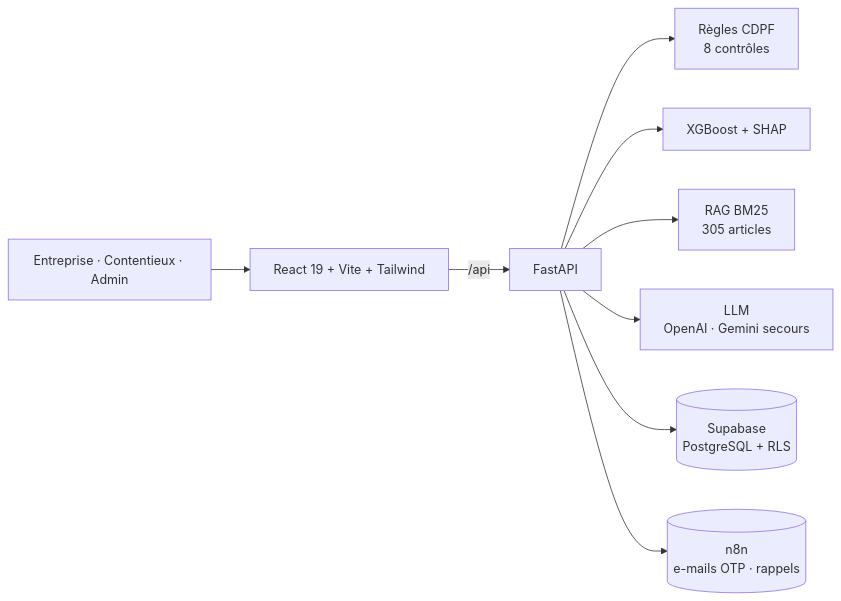
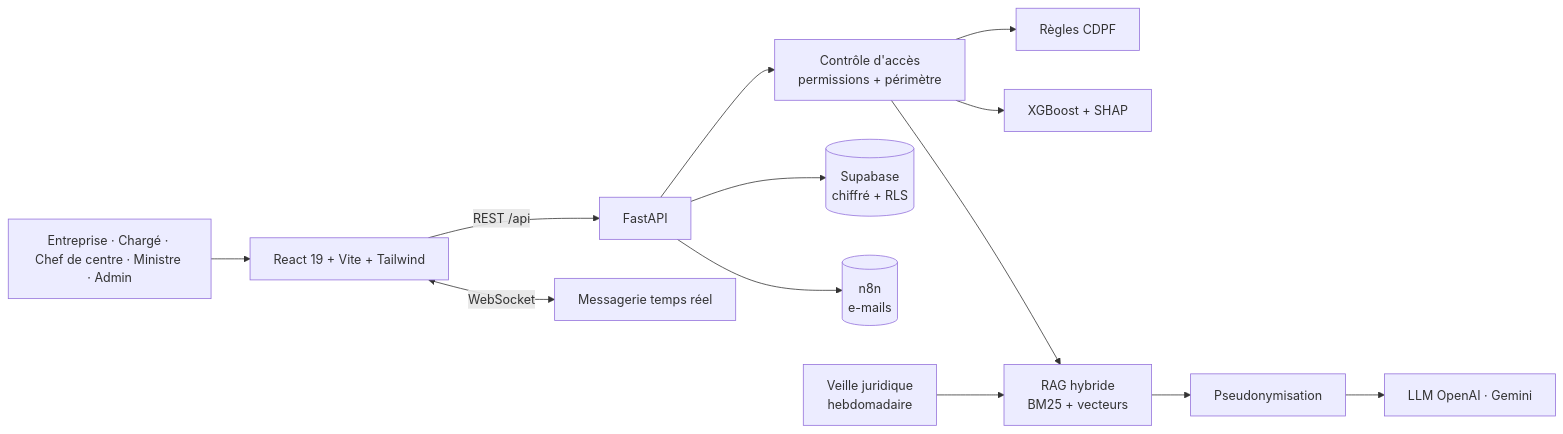
Before and after one commit to EyaAzzabi/Jiser-code: the diagram in README.md, drawn with Mermaid. The commit also changed other lines of this file and 79 other files, not shown here.

````diff
--- a/README.md
+++ b/README.md
@@ -128,11 +190,15 @@
 ```mermaid
 flowchart LR
-    U[Entreprise · Contentieux · Admin] --> F[React 19 + Vite + Tailwind]
-    F -->|/api| B[FastAPI]
-    B --> R[Règles CDPF<br/>8 contrôles]
-    B --> M[XGBoost + SHAP]
-    B --> G[RAG BM25<br/>305 articles]
-    B --> L[LLM<br/>OpenAI · Gemini secours]
-    B --> D[(Supabase<br/>PostgreSQL + RLS)]
-    B --> N[(n8n<br/>e-mails OTP · rappels)]
+    U[Entreprise · Chargé · Chef de centre · Ministre · Admin] --> F[React 19 + Vite + Tailwind]
+    F -->|REST /api| B[FastAPI]
+    F <-->|WebSocket| W[Messagerie temps réel]
+    B --> P[Contrôle d'accès<br/>permissions + périmètre]
+    P --> R[Règles CDPF]
+    P --> M[XGBoost + SHAP]
+    P --> G[RAG hybride<br/>BM25 + vecteurs]
+    G --> S[Pseudonymisation]
+    S --> L[LLM OpenAI · Gemini]
+    B --> D[(Supabase<br/>chiffré + RLS)]
+    B --> N[(n8n<br/>e-mails)]
+    V[Veille juridique<br/>hebdomadaire] --> G
 ```
````
